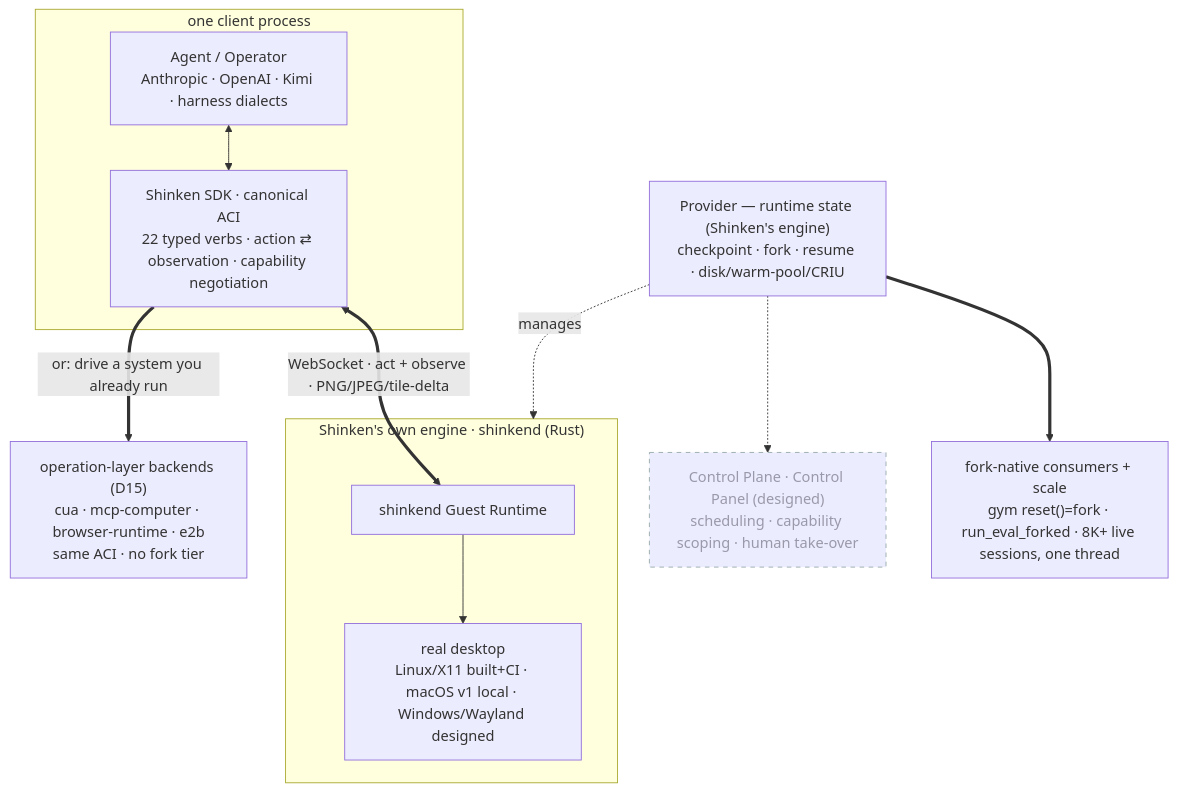
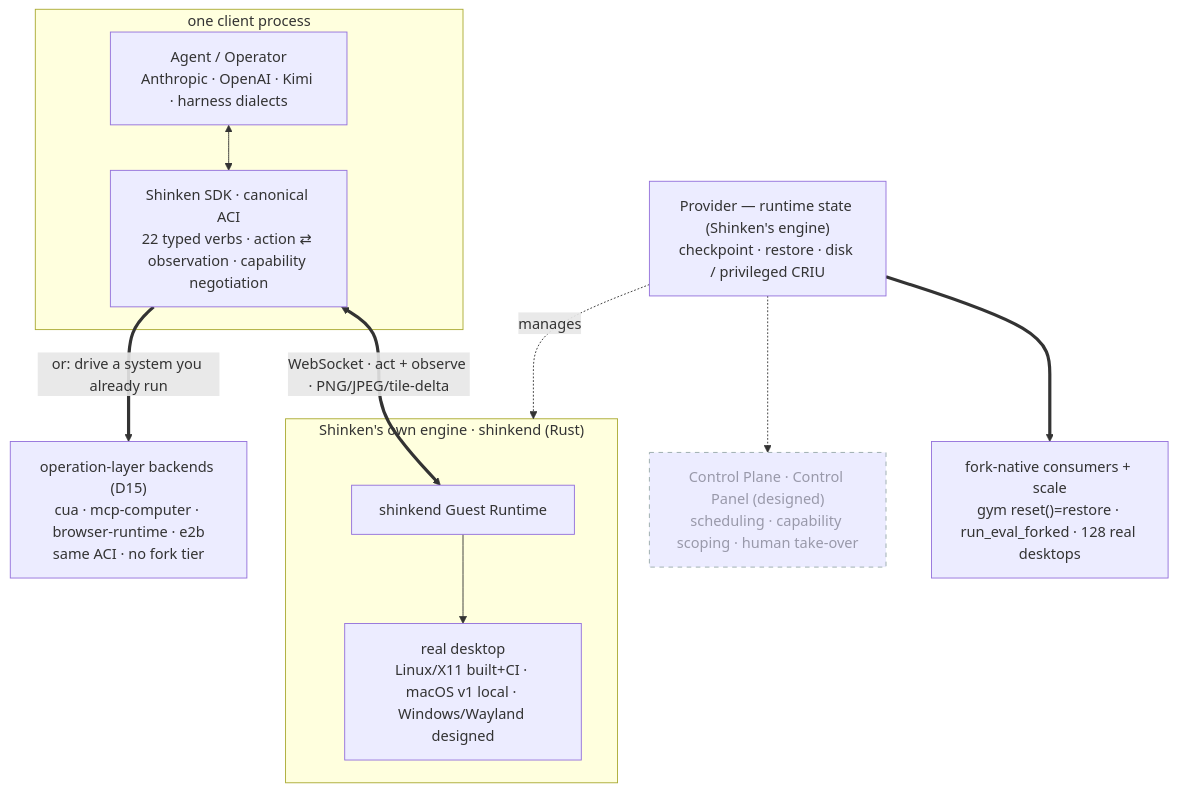
One commit to Meirtz/Shinken changed the diagram in README.md. Above: the diagram before and after it, drawn with Mermaid. The commit also changed other lines of this file and 23 other files, not shown here.

````diff
--- a/README.md
+++ b/README.md
@@ -269,26 +278,26 @@
 ```mermaid
 flowchart TB
   classDef d stroke-dasharray:5 5,stroke:#9aa,color:#99a;
 
   subgraph proc["one client process"]
     Agent["Agent / Operator<br/>Anthropic · OpenAI · Kimi · harness dialects"]
     SDK["Shinken SDK · canonical ACI<br/>22 typed verbs · action ⇄ observation · capability negotiation"]
     Agent <--> SDK
   end
 
   SDK <==>|"WebSocket · act + observe · PNG/JPEG/tile-delta"| SK
   SDK ==>|"or: drive a system you already run"| BK
 
   subgraph engine["Shinken's own engine · shinkend (Rust)"]
     SK["shinkend Guest Runtime"] --> Desk["real desktop<br/>Linux/X11 built+CI · macOS v1 local · Windows/Wayland designed"]
   end
 
   BK["operation-layer backends (D15)<br/>cua · mcp-computer · browser-runtime · e2b<br/>same ACI · no fork tier"]
 
-  Prov["Provider — runtime state (Shinken's engine)<br/>checkpoint · fork · resume · disk/warm-pool/CRIU"]
+  Prov["Provider — runtime state (Shinken's engine)<br/>checkpoint · restore · disk / privileged CRIU"]
   Prov -.manages.-> engine
-  Prov ==> Fleet["fork-native consumers + scale<br/>gym reset()=fork · run_eval_forked · 8K+ live sessions, one thread"]
+  Prov ==> Fleet["fork-native consumers + scale<br/>gym reset()=restore · run_eval_forked · 128 real desktops"]
 
   CP["Control Plane · Control Panel (designed)<br/>scheduling · capability scoping · human take-over"]:::d
   Prov -.-> CP
 ```
````
